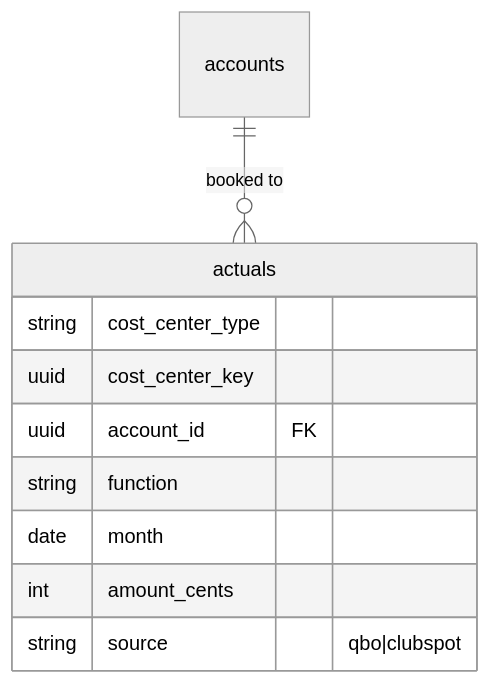
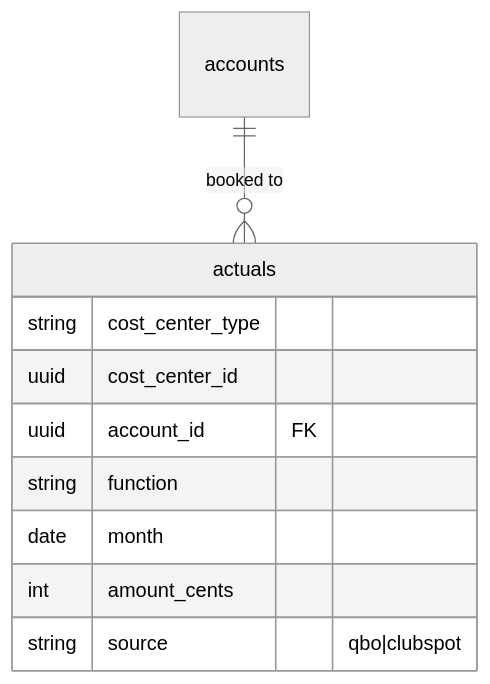
The seventh of 7 diagrams in docs/planning-schema.md (cyc-seattle/platform), drawn with Mermaid (neutral theme) before and after one commit. The commit also changed other lines of this file and 44 other files, not shown here.

````diff
--- a/docs/planning-schema.md
+++ b/docs/planning-schema.md
@@ -669,14 +669,14 @@
 ```mermaid
 erDiagram
     accounts ||--o{ actuals : "booked to"
 
     actuals {
         string cost_center_type
-        uuid cost_center_key
+        uuid cost_center_id
         uuid account_id FK
         string function
         date month
         int amount_cents
         string source "qbo|clubspot"
     }
 ```
````
